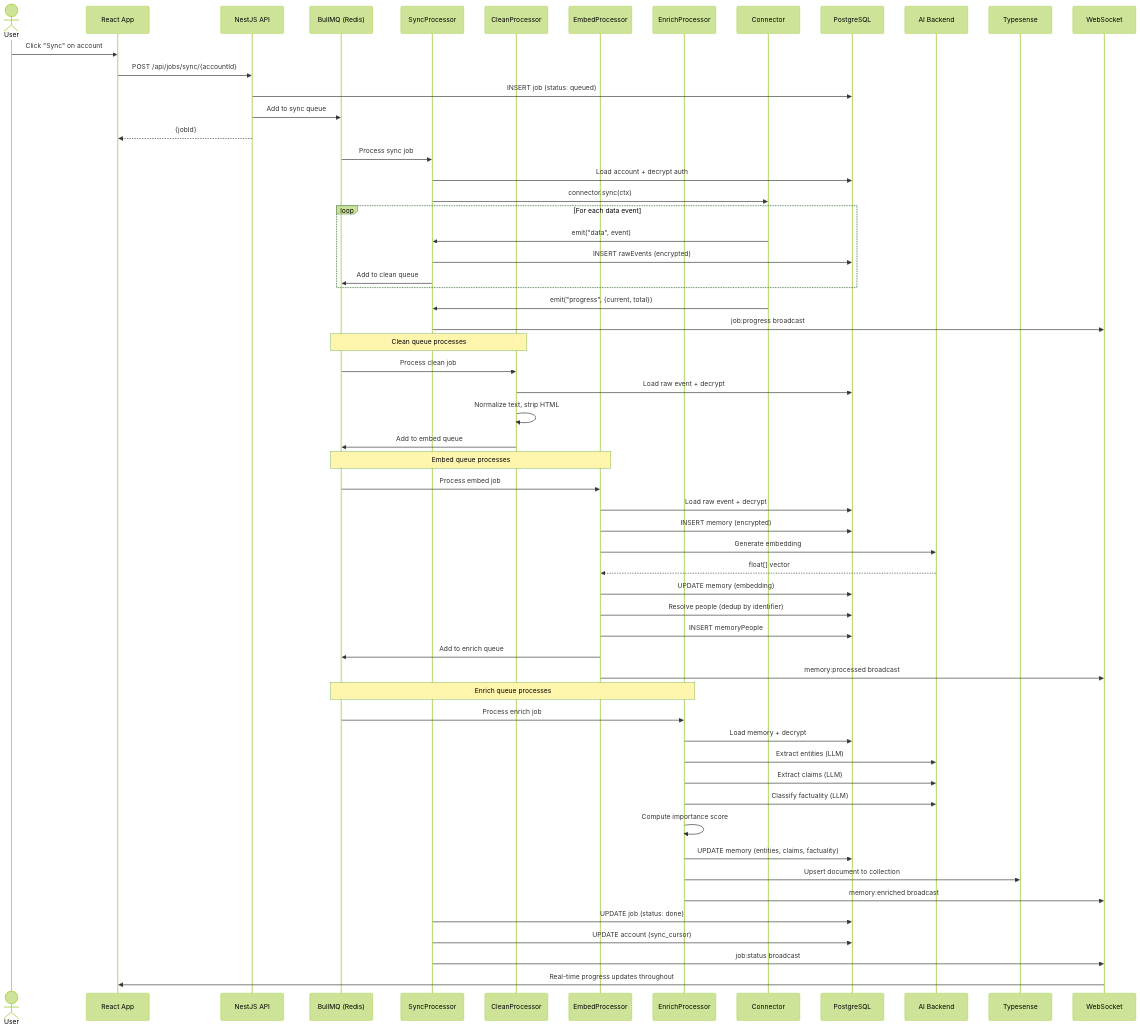
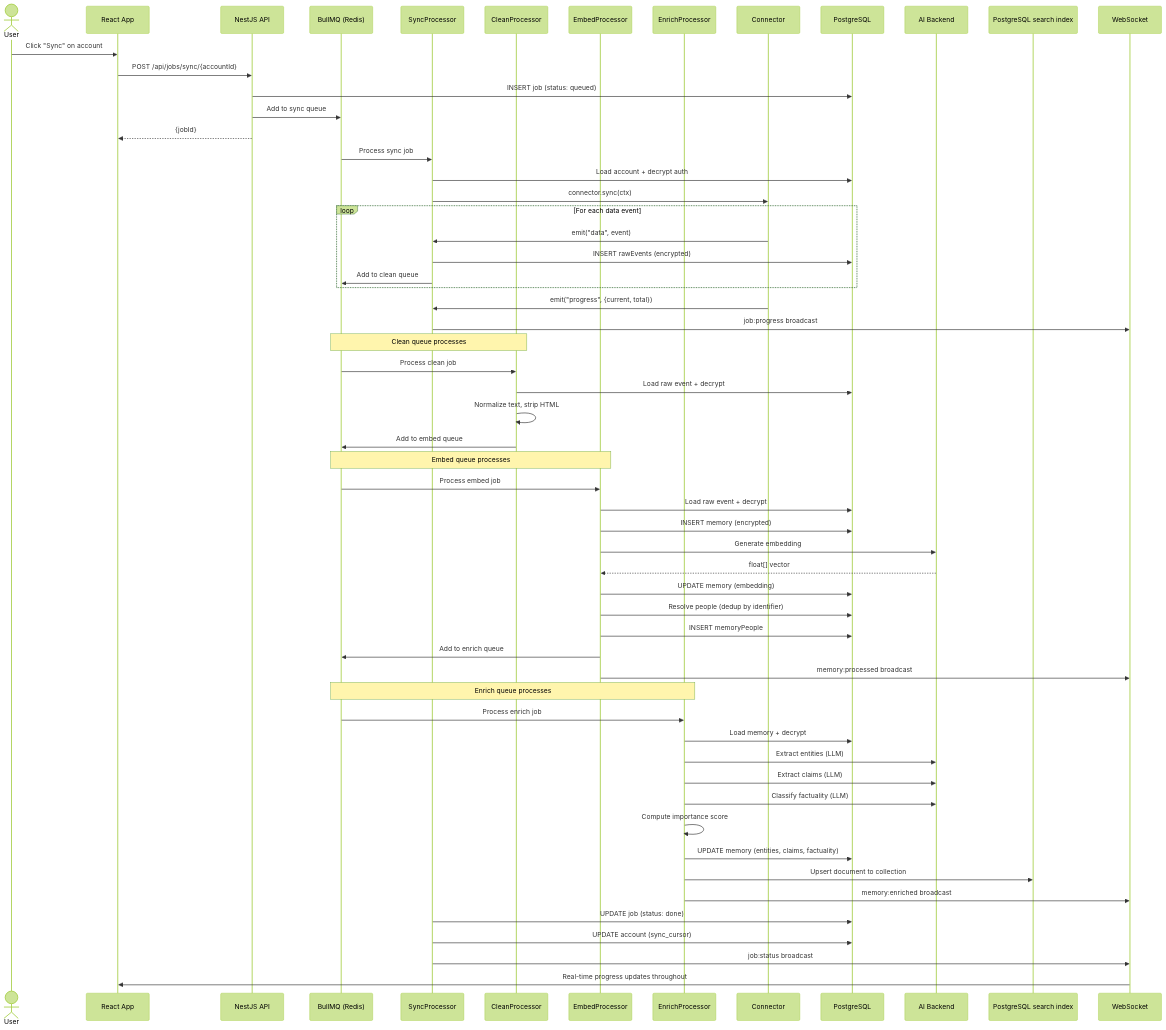
Before and after one commit to botmem/botmem: the sixth of 14 diagrams in docs/architecture/SEQUENCES.md, drawn with Mermaid (forest theme). The commit also changed other lines of this file and 117 other files, not shown here.

Commit message:
feat: move search index into postgres

````diff
--- a/docs/architecture/SEQUENCES.md
+++ b/docs/architecture/SEQUENCES.md
@@ -183,72 +183,72 @@
 ```mermaid
 sequenceDiagram
     actor User
     participant Web as React App
     participant API as NestJS API
     participant BullMQ as BullMQ (Redis)
     participant Sync as SyncProcessor
     participant Clean as CleanProcessor
     participant Embed as EmbedProcessor
     participant Enrich as EnrichProcessor
     participant Conn as Connector
     participant DB as PostgreSQL
     participant AI as AI Backend
-    participant TS as Typesense
+    participant TS as PostgreSQL search index
     participant WS as WebSocket
 
     User->>Web: Click "Sync" on account
     Web->>API: POST /api/jobs/sync/{accountId}
     API->>DB: INSERT job (status: queued)
     API->>BullMQ: Add to sync queue
     API-->>Web: {jobId}
 
     BullMQ->>Sync: Process sync job
     Sync->>DB: Load account + decrypt auth
     Sync->>Conn: connector.sync(ctx)
 
     loop For each data event
         Conn->>Sync: emit("data", event)
         Sync->>DB: INSERT rawEvents (encrypted)
         Sync->>BullMQ: Add to clean queue
     end
 
     Conn->>Sync: emit("progress", {current, total})
     Sync->>WS: job:progress broadcast
 
     Note over BullMQ,Clean: Clean queue processes
 
     BullMQ->>Clean: Process clean job
     Clean->>DB: Load raw event + decrypt
     Clean->>Clean: Normalize text, strip HTML
     Clean->>BullMQ: Add to embed queue
 
     Note over BullMQ,Embed: Embed queue processes
 
     BullMQ->>Embed: Process embed job
     Embed->>DB: Load raw event + decrypt
     Embed->>DB: INSERT memory (encrypted)
     Embed->>AI: Generate embedding
     AI-->>Embed: float[] vector
     Embed->>DB: UPDATE memory (embedding)
     Embed->>DB: Resolve people (dedup by identifier)
     Embed->>DB: INSERT memoryPeople
     Embed->>BullMQ: Add to enrich queue
     Embed->>WS: memory:processed broadcast
 
     Note over BullMQ,Enrich: Enrich queue processes
 
     BullMQ->>Enrich: Process enrich job
     Enrich->>DB: Load memory + decrypt
     Enrich->>AI: Extract entities (LLM)
     Enrich->>AI: Extract claims (LLM)
     Enrich->>AI: Classify factuality (LLM)
     Enrich->>Enrich: Compute importance score
     Enrich->>DB: UPDATE memory (entities, claims, factuality)
     Enrich->>TS: Upsert document to collection
     Enrich->>WS: memory:enriched broadcast
 
     Sync->>DB: UPDATE job (status: done)
     Sync->>DB: UPDATE account (sync_cursor)
     Sync->>WS: job:status broadcast
     WS->>Web: Real-time progress updates throughout
 ```
````
